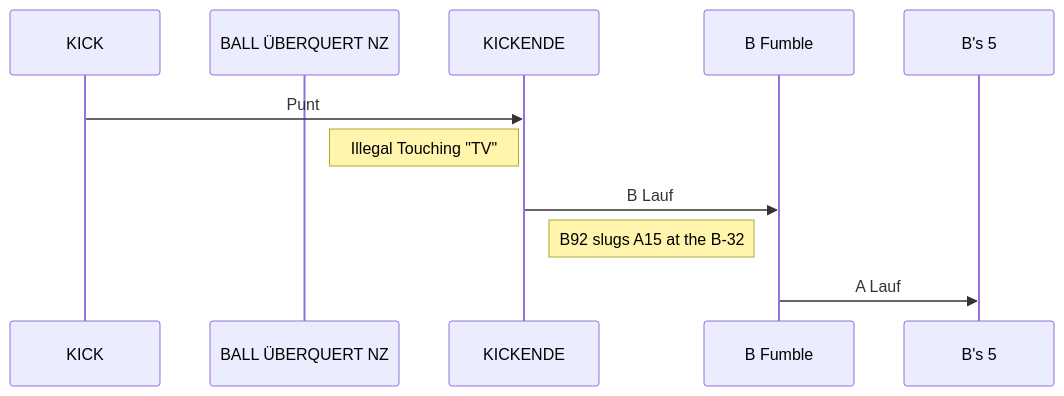
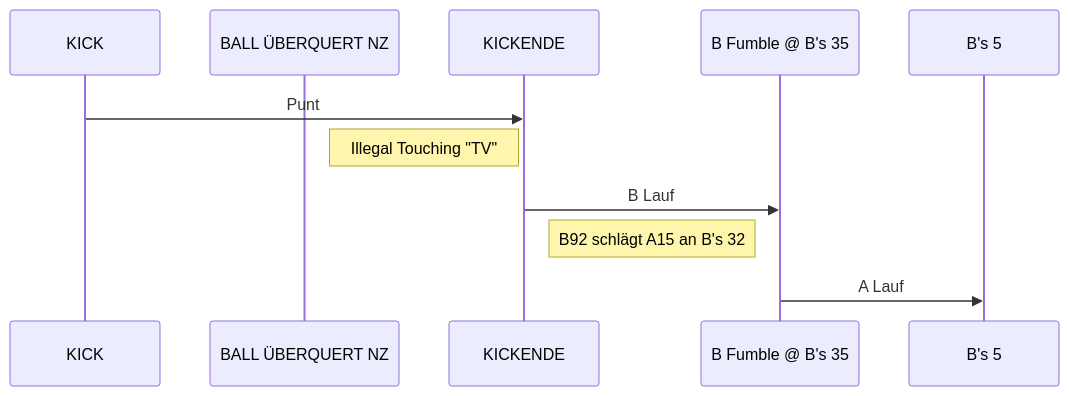
The sixth of 9 diagrams in docs/scrimmage_kicks.md (mschwieger/alizenz), drawn with Mermaid before and after one commit. The commit also changed other lines of this file, not shown here.

````diff
--- a/docs/scrimmage_kicks.md
+++ b/docs/scrimmage_kicks.md
@@ -126,13 +126,13 @@
 ```mermaid
 sequenceDiagram
     participant KICK
     participant NZ as BALL ÜBERQUERT NZ
     participant KICKENDE
-    participant BFUMBLE as B Fumble
+    participant BFUMBLE as B Fumble @ B's 35
     participant BALLDEAD as B's 5
     KICK->>KICKENDE: Punt
     note right of NZ: Illegal Touching "TV"
     KICKENDE->>BFUMBLE: B Lauf
-    note right of KICKENDE: B92 slugs A15 at the B-32
+    note right of KICKENDE: B92 schlägt A15 an B's 32
     BFUMBLE->>BALLDEAD: A Lauf
 ```
````
